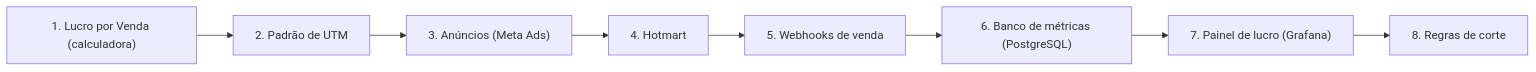
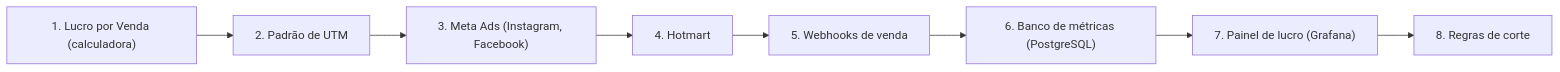
The ninth of 9 diagrams in docs/fluxos.md (AlanMateus17/dev-setup), drawn with Mermaid before and after one commit. The commit also changed other lines of this file and 10 other files, not shown here.

````diff
--- a/docs/fluxos.md
+++ b/docs/fluxos.md
@@ -258,18 +258,18 @@
 ```mermaid
 flowchart LR
   s0["1. Lucro por Venda (calculadora)"]
   s1["2. Padrão de UTM"]
-  s2["3. Anúncios (Meta Ads)"]
+  s2["3. Meta Ads (Instagram, Facebook)"]
   s3["4. Hotmart"]
   s4["5. Webhooks de venda"]
   s5["6. Banco de métricas (PostgreSQL)"]
   s6["7. Painel de lucro (Grafana)"]
   s7["8. Regras de corte"]
   s0 --> s1
   s1 --> s2
   s2 --> s3
   s3 --> s4
   s4 --> s5
   s5 --> s6
   s6 --> s7
 ```
````
